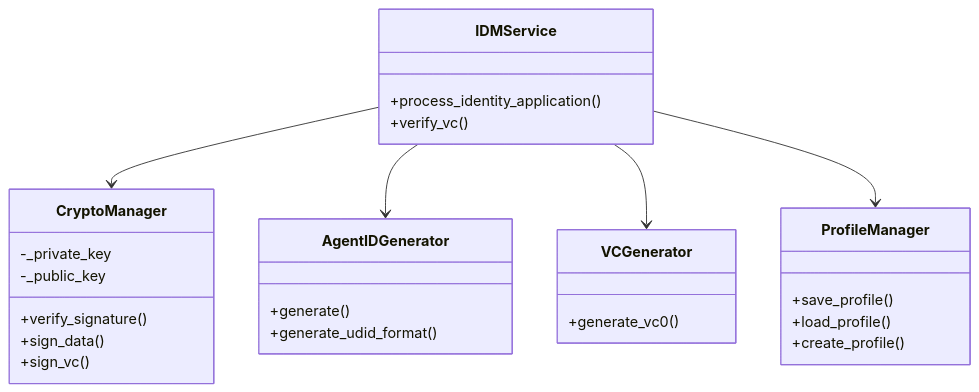
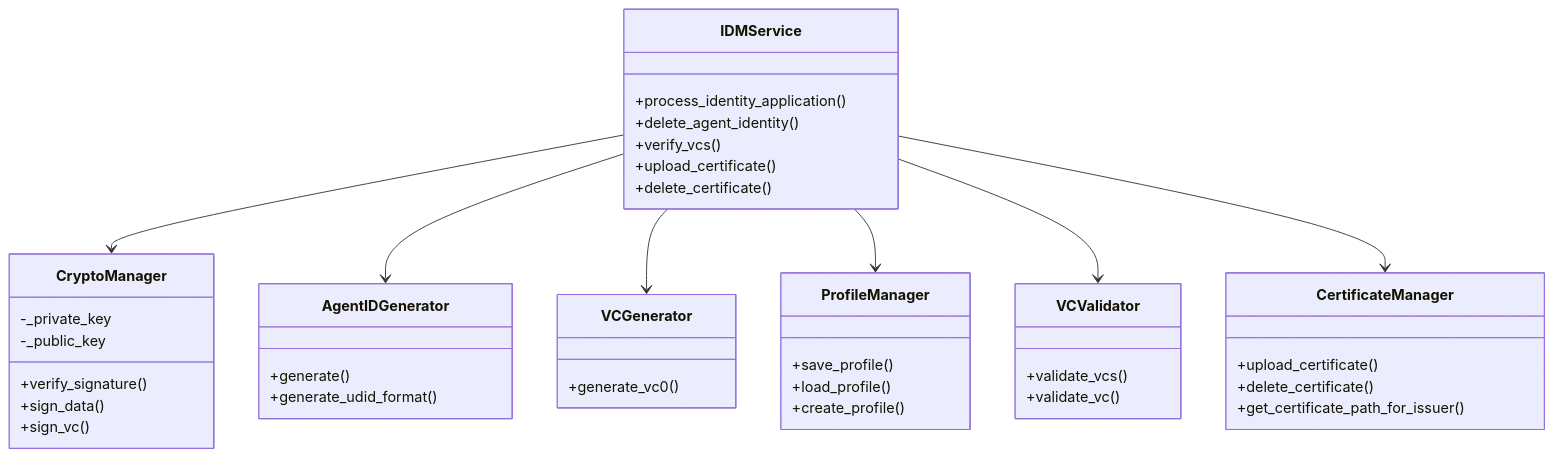
One commit to acore2026/idm changed the third of 7 diagrams in docs/ARCHITECTURE.md. Above: the diagram before and after it, drawn with Mermaid. The commit also changed other lines of this file and 13 other files, not shown here.

````diff
--- a/docs/ARCHITECTURE.md
+++ b/docs/ARCHITECTURE.md
@@ -47,35 +49,51 @@
 ```mermaid
 classDiagram
     class IDMService {
         +process_identity_application()
-        +verify_vc()
+        +delete_agent_identity()
+        +verify_vcs()
+        +upload_certificate()
+        +delete_certificate()
+    }
+
+    class VCValidator {
+        +validate_vcs()
+        +validate_vc()
+    }
+
+    class CertificateManager {
+        +upload_certificate()
+        +delete_certificate()
+        +get_certificate_path_for_issuer()
     }
     
     class CryptoManager {
         -_private_key
         -_public_key
         +verify_signature()
         +sign_data()
         +sign_vc()
     }
     
     class AgentIDGenerator {
         +generate()
         +generate_udid_format()
     }
     
     class VCGenerator {
         +generate_vc0()
     }
     
     class ProfileManager {
         +save_profile()
         +load_profile()
         +create_profile()
     }
     
     IDMService --> CryptoManager
     IDMService --> AgentIDGenerator
     IDMService --> VCGenerator
     IDMService --> ProfileManager
+    IDMService --> VCValidator
+    IDMService --> CertificateManager
 ```
````
